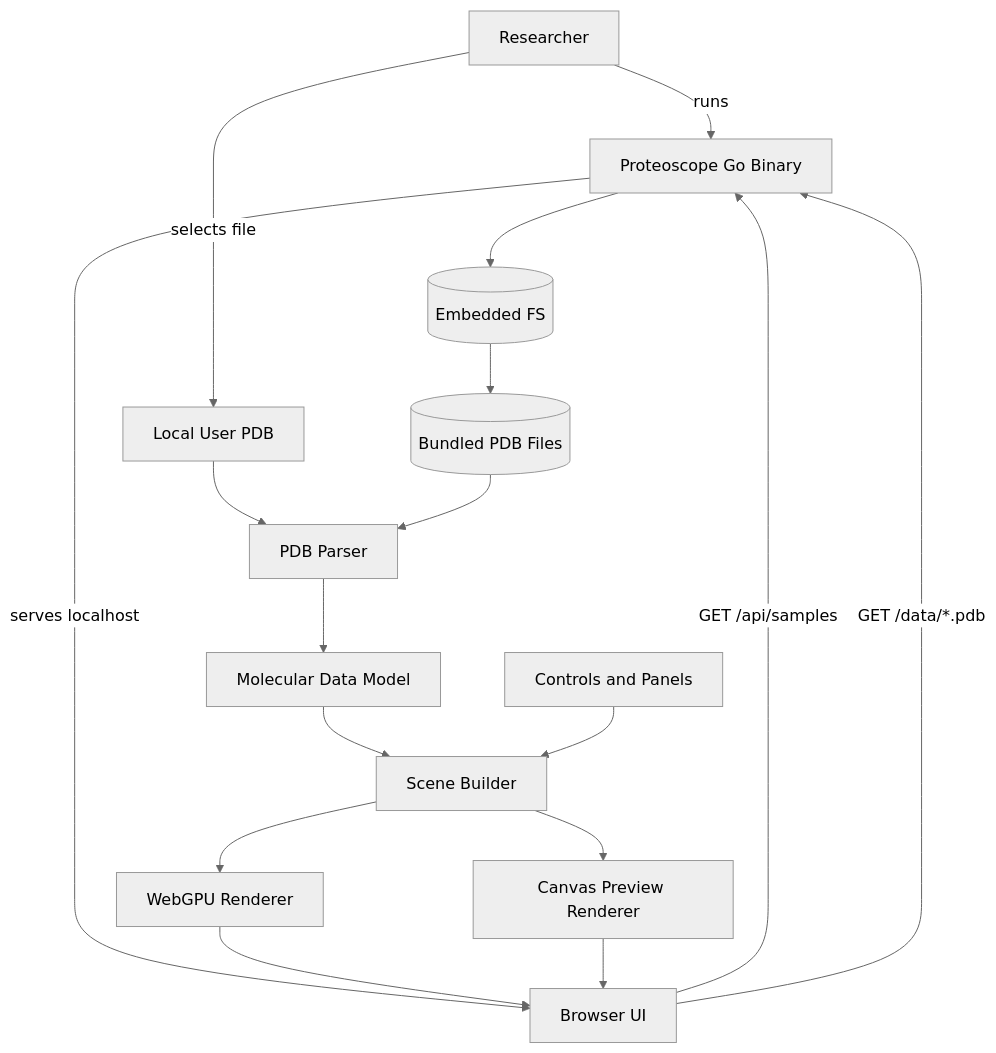
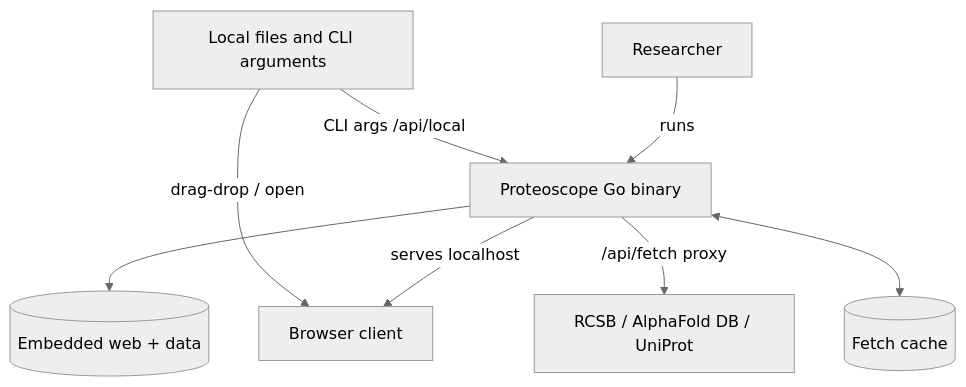
One commit to robert-mcdermott/proteoscope changed the first of 3 diagrams in proteoscope-spec/design.md. Above: the diagram before and after it, drawn with Mermaid (neutral theme). The commit also changed other lines of this file and 47 other files, not shown here.

First line of the commit message:
Rebuild renderer and add analysis, AlphaFold and proteomics tools

````diff
--- a/proteoscope-spec/design.md
+++ b/proteoscope-spec/design.md
@@ -38,32 +41,18 @@
 ```mermaid
 graph TB
     User[Researcher]
-    Binary[Proteoscope Go Binary]
-    Browser[Browser UI]
-    EmbedFS[(Embedded FS)]
-    Data[(Bundled PDB Files)]
-    Upload[Local User PDB]
-    Parser[PDB Parser]
-    Model[Molecular Data Model]
-    Scene[Scene Builder]
-    Renderer[WebGPU Renderer]
-    Canvas[Canvas Preview Renderer]
-    UI[Controls and Panels]
+    Binary[Proteoscope Go binary]
+    Browser[Browser client]
+    Embed[(Embedded web + data)]
+    Cache[(Fetch cache)]
+    Remote[RCSB / AlphaFold DB / UniProt]
+    Local[Local files and CLI arguments]
 
     User -->|runs| Binary
     Binary -->|serves localhost| Browser
-    Binary --> EmbedFS
-    EmbedFS --> Data
-    Browser -->|GET /api/samples| Binary
-    Browser -->|GET /data/*.pdb| Binary
-    User -->|selects file| Upload
-    Upload --> Parser
-    Data --> Parser
-    Parser --> Model
-    Model --> Scene
-    Scene --> Renderer
-    Scene --> Canvas
-    UI --> Scene
-    Renderer --> Browser
-    Canvas --> Browser
+    Binary --> Embed
+    Binary -->|/api/fetch proxy| Remote
+    Binary <--> Cache
+    Local -->|drag-drop / open| Browser
+    Local -->|CLI args /api/local| Binary
 ```
````
